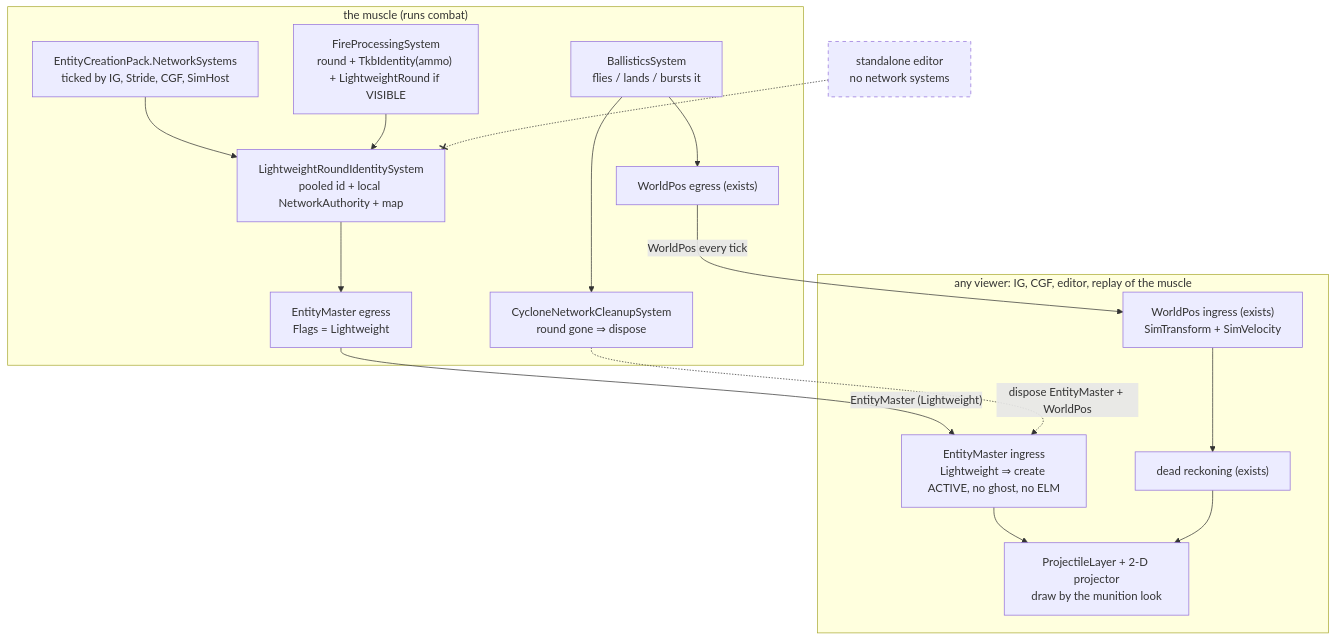
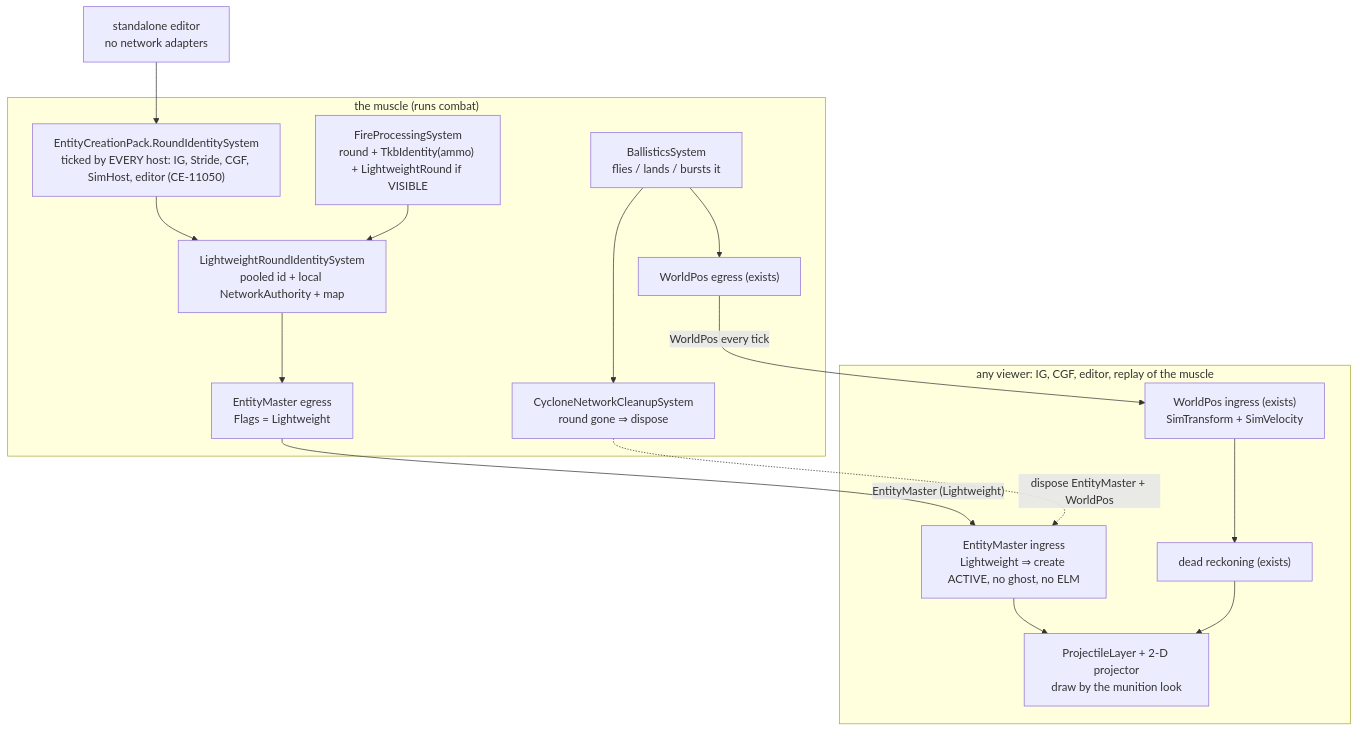
Before and after one commit to pjanec/HROT: diagram 14 of 26 in docs/DESIGN_Visual_Effects.md, drawn with Mermaid. The commit also changed other lines of this file and 13 other files, not shown here.

````diff
--- a/docs/DESIGN_Visual_Effects.md
+++ b/docs/DESIGN_Visual_Effects.md
@@ -674,32 +674,31 @@
 ```mermaid
 graph TD
   subgraph Muscle["the muscle (runs combat)"]
     FP["FireProcessingSystem<br/>round + TkbIdentity(ammo) + LightweightRound if VISIBLE"]
     ID["LightweightRoundIdentitySystem<br/>pooled id + local NetworkAuthority + map"]
     BS["BallisticsSystem<br/>flies / lands / bursts it"]
     EM["EntityMaster egress<br/>Flags = Lightweight"]
     WP["WorldPos egress (exists)"]
     CL["CycloneNetworkCleanupSystem<br/>round gone ⇒ dispose"]
-    PK["EntityCreationPack.NetworkSystems<br/>ticked by IG, Stride, CGF, SimHost"]
+    PK["EntityCreationPack.RoundIdentitySystem<br/>ticked by EVERY host: IG, Stride, CGF, SimHost, editor (CE-11050)"]
   end
-  ED["standalone editor<br/>no network systems"]
+  ED["standalone editor<br/>no network adapters"]
   subgraph Viewer["any viewer: IG, CGF, editor, replay of the muscle"]
     IN["EntityMaster ingress<br/>Lightweight ⇒ create ACTIVE, no ghost, no ELM"]
     GI["WorldPos ingress (exists)<br/>SimTransform + SimVelocity"]
     DR["dead reckoning (exists)"]
     PL["ProjectileLayer + 2-D projector<br/>draw by the munition look"]
   end
   PK --> ID
   FP --> ID
   ID --> EM
   BS --> WP
   BS --> CL
-  ED -.-x ID
+  ED --> PK
   EM -- "EntityMaster (Lightweight)" --> IN
   WP -- "WorldPos every tick" --> GI
   GI --> DR
   IN --> PL
   DR --> PL
   CL -. "dispose EntityMaster + WorldPos" .-> IN
-  style ED stroke-dasharray: 5 5
 ```
````
